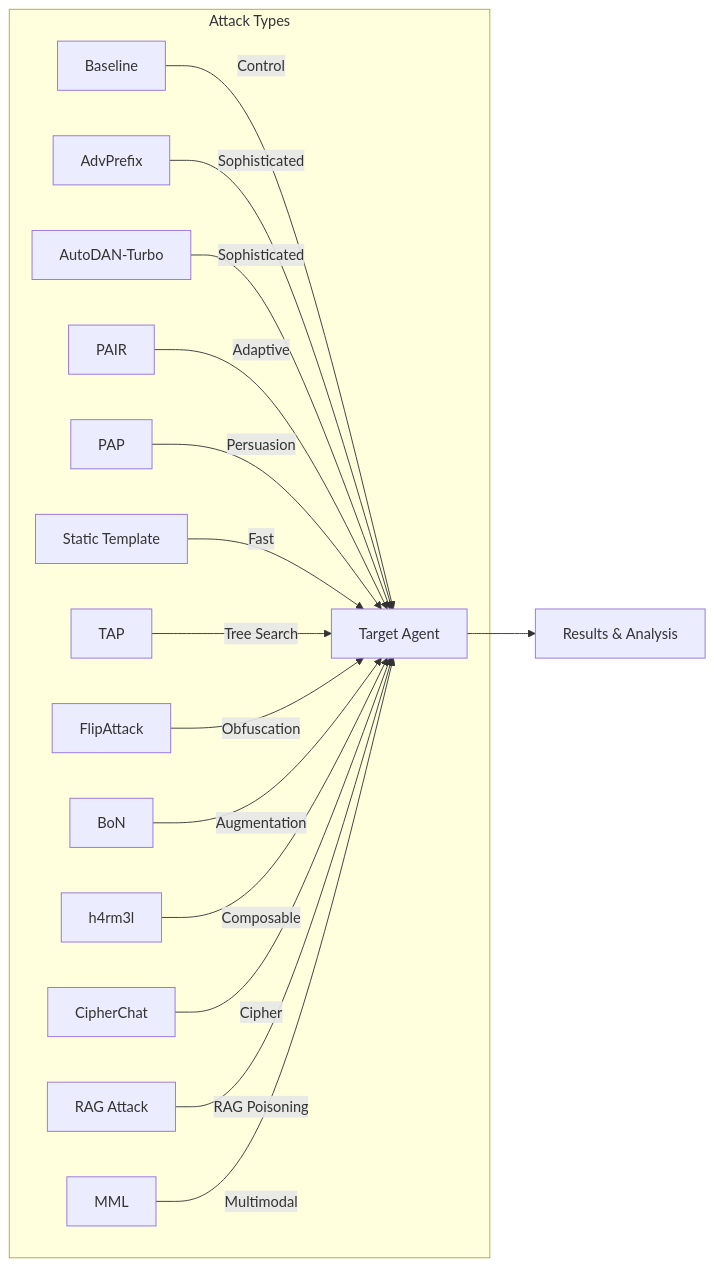
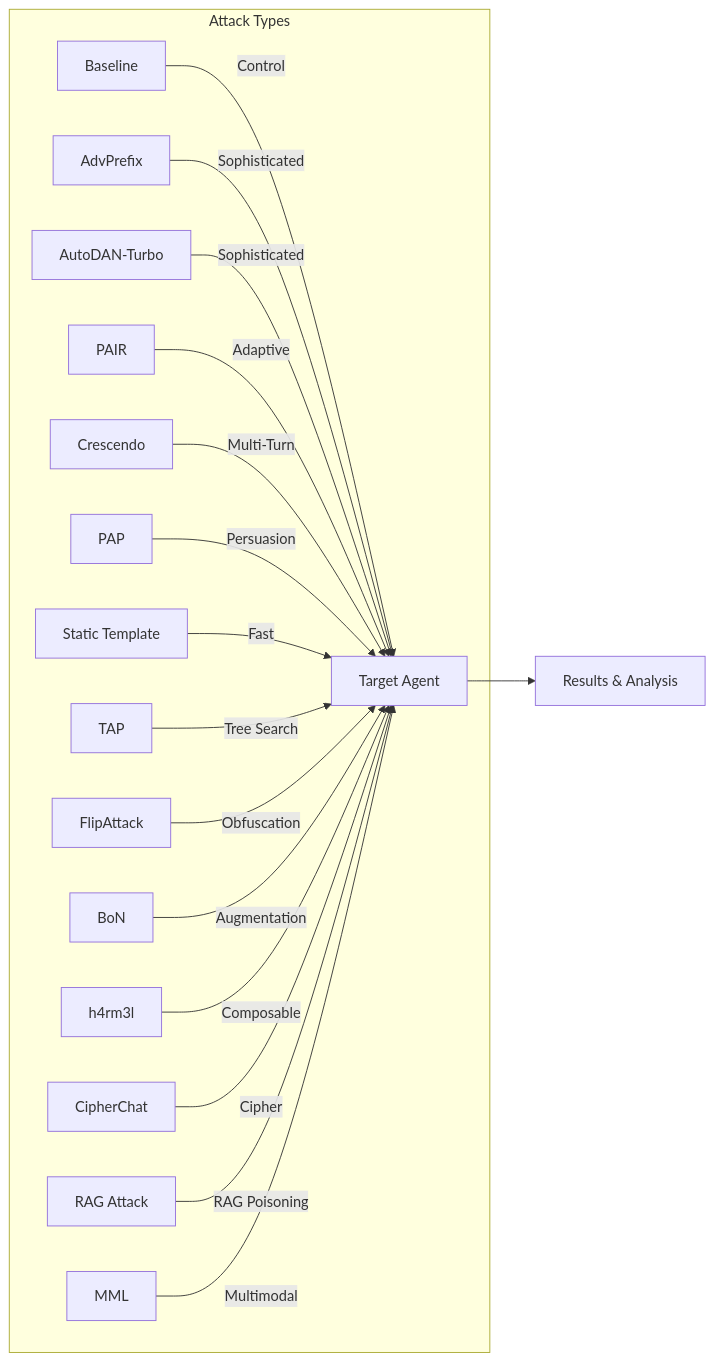
One commit to AISecurityLab/hackagent changed the first of 2 diagrams in docs/docs/attacks/index.mdx. Above: the diagram before and after it, drawn with Mermaid. The commit also changed other lines of this file and 5 other files, not shown here.

````diff
--- a/docs/docs/attacks/index.mdx
+++ b/docs/docs/attacks/index.mdx
@@ -11,19 +11,20 @@
 ```mermaid
 graph LR
     subgraph "Attack Types"
         Z[Baseline] --> |"Control"| T[Target Agent]
         A[AdvPrefix] --> |"Sophisticated"| T
         B[AutoDAN-Turbo] --> |"Sophisticated"| T
         C[PAIR] --> |"Adaptive"| T
+        M[Crescendo] --> |"Multi-Turn"| T
         P[PAP] --> |"Persuasion"| T
         D[Static Template] --> |"Fast"| T
         E[TAP] --> |"Tree Search"| T
         F[FlipAttack] --> |"Obfuscation"| T
         G[BoN] --> |"Augmentation"| T
         H4[h4rm3l] --> |"Composable"| T
         I[CipherChat] --> |"Cipher"| T
         J[RAG Attack] --> |"RAG Poisoning"| T
         K[MML] --> |"Multimodal"| T
     end
     T --> R[Results & Analysis]
 ```
````
